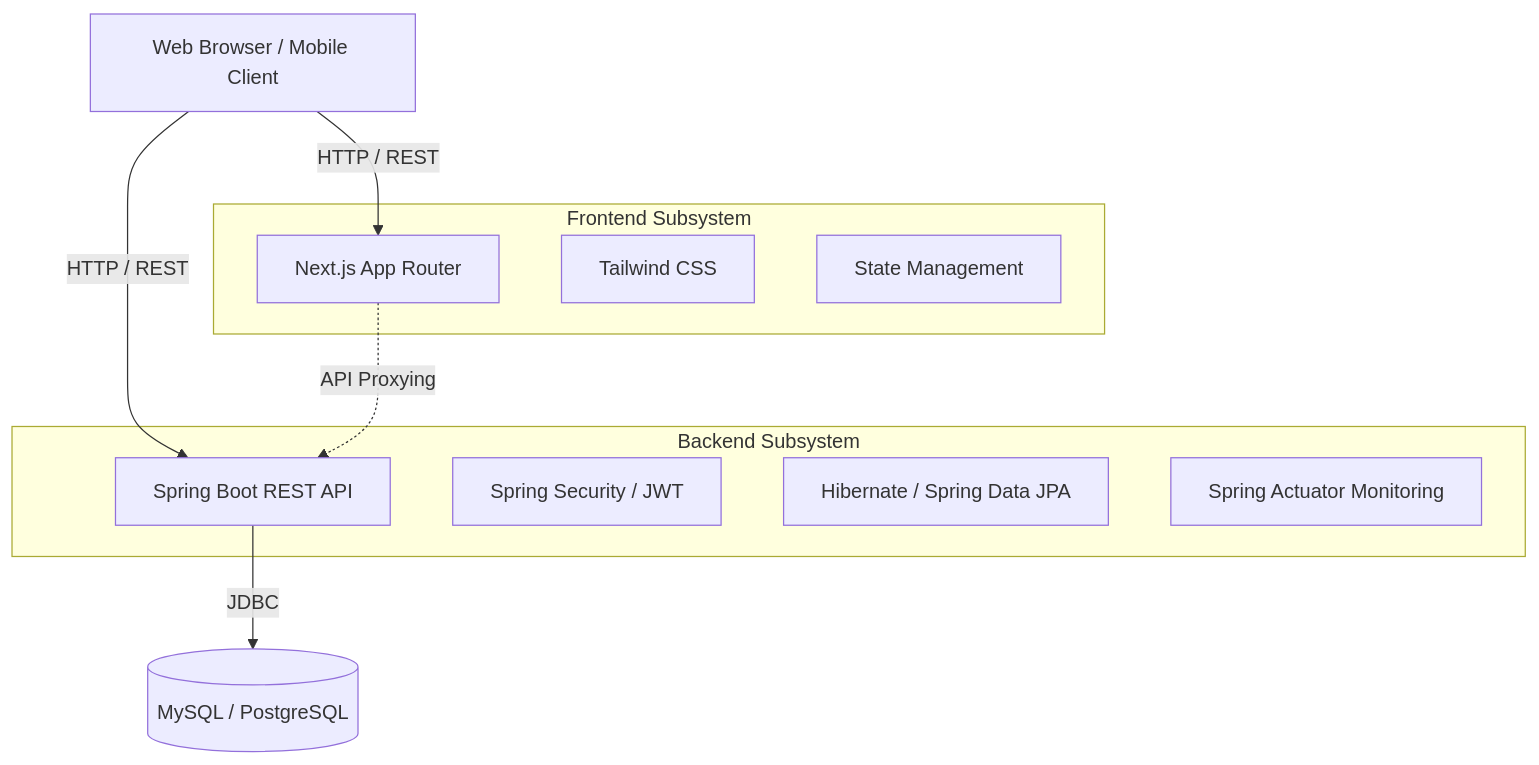
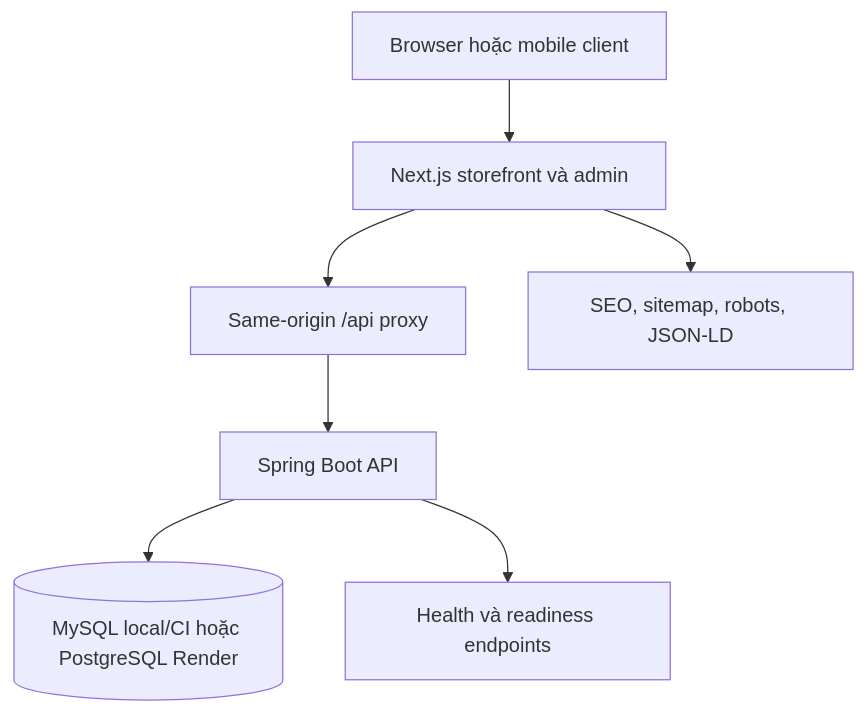
Before and after one commit to JasonTM17/Ecommerce_BookStore: the first of 2 diagrams in docs/architecture-and-cicd-vn.md, drawn with Mermaid. The commit also changed other lines of this file and 12 other files, not shown here.

````diff
--- a/docs/architecture-and-cicd-vn.md
+++ b/docs/architecture-and-cicd-vn.md
@@ -18,21 +14,9 @@
 ```mermaid
 graph TD
-    Client[Web Browser / Mobile Client] -->|HTTP / REST| Frontend
-    Client -->|HTTP / REST| Backend
-
-    subgraph Frontend Subsystem
-        Frontend[Next.js App Router]
-        Tailwind[Tailwind CSS]
-        Zustand[State Management]
-    end
-
-    subgraph Backend Subsystem
-        Backend[Spring Boot REST API]
-        Security[Spring Security / JWT]
-        JPA[Hibernate / Spring Data JPA]
-        Actuator[Spring Actuator Monitoring]
-    end
-
-    Backend -->|JDBC| DB[(MySQL / PostgreSQL)]
-    Frontend -.->|API Proxying| Backend
+    Browser[Browser hoặc mobile client] --> Frontend[Next.js storefront và admin]
+    Frontend --> Proxy[Same-origin /api proxy]
+    Proxy --> Backend[Spring Boot API]
+    Backend --> DB[(MySQL local/CI hoặc PostgreSQL Render)]
+    Backend --> Health[Health và readiness endpoints]
+    Frontend --> SEO[SEO, sitemap, robots, JSON-LD]
 ```
````
